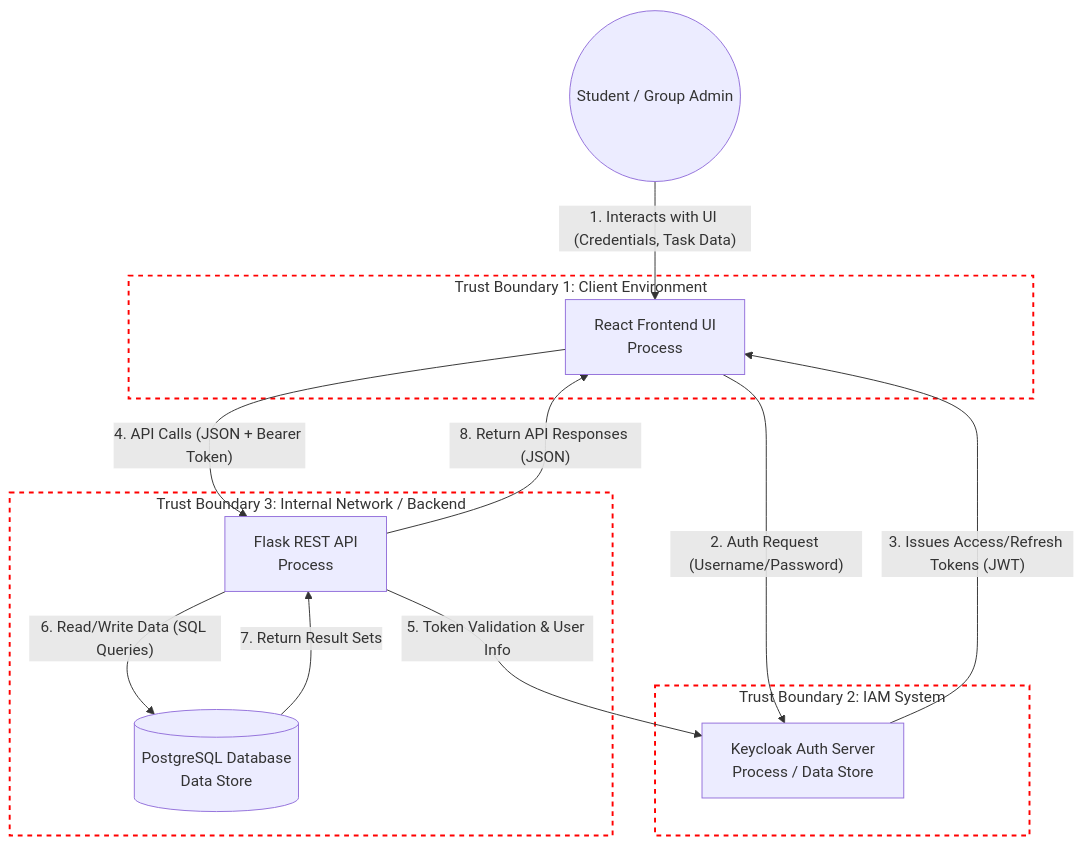
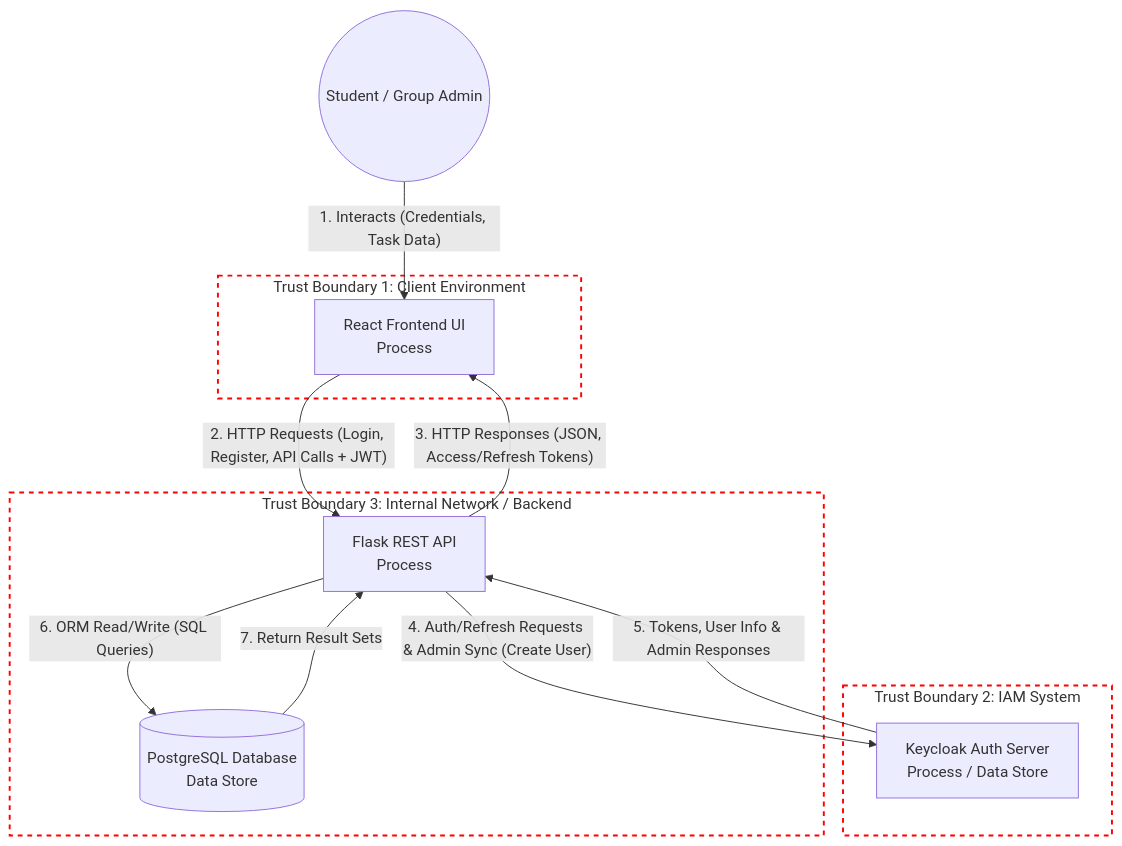
One commit to SauerErik/it-security changed the diagram in docs/Lab4_SecSofDev-StudyConnect.md. Above: the diagram before and after it, drawn with Mermaid. The commit also changed other lines of this file, not shown here.

Commit message:
update DFD und Trust Boundaries

````diff
--- a/docs/Lab4_SecSofDev-StudyConnect.md
+++ b/docs/Lab4_SecSofDev-StudyConnect.md
@@ -12,33 +12,38 @@
 ```mermaid
 flowchart TD
     %% External Entities (Actors)
     User((Student / Group Admin))
 
     %% Processes & Data Stores grouped by Trust Boundaries
     subgraph TB_Client [Trust Boundary 1: Client Environment]
         UI[React Frontend UI \n Process]
     end
 
     subgraph TB_IAM [Trust Boundary 2: IAM System]
         KC[Keycloak Auth Server \n Process / Data Store]
     end
 
     subgraph TB_Backend [Trust Boundary 3: Internal Network / Backend]
         API[Flask REST API \n Process]
         DB[(PostgreSQL Database \n Data Store)]
     end
 
     %% Data Flows
-    User -- "1. Interacts with UI (Credentials, Task Data)" --> UI
-    UI -- "2. Auth Request (Username/Password)" --> KC
-    KC -- "3. Issues Access/Refresh Tokens (JWT)" --> UI
-    UI -- "4. API Calls (JSON + Bearer Token)" --> API
-    API -- "5. Token Validation & User Info" --> KC
-    API -- "6. Read/Write Data (SQL Queries)" --> DB
+    User -- "1. Interacts (Credentials, Task Data)" --> UI
+    
+    %% UI to API (All traffic goes through API in this codebase)
+    UI -- "2. HTTP Requests (Login, Register, API Calls + JWT)" --> API
+    API -- "3. HTTP Responses (JSON, Access/Refresh Tokens)" --> UI
+    
+    %% API to Keycloak (Auth Proxy & Admin Sync)
+    API -- "4. Auth/Refresh Requests & Admin Sync (Create User)" --> KC
+    KC -- "5. Tokens, User Info & Admin Responses" --> API
+    
+    %% API to Database (Persistence)
+    API -- "6. ORM Read/Write (SQL Queries)" --> DB
     DB -- "7. Return Result Sets" --> API
-    API -- "8. Return API Responses (JSON)" --> UI
 
     %% Styling for Trust Boundaries
     classDef boundary fill:none,stroke:#FF0000,stroke-width:2px,stroke-dasharray: 5 5;
     class TB_Client,TB_IAM,TB_Backend boundary;
 ```
````
